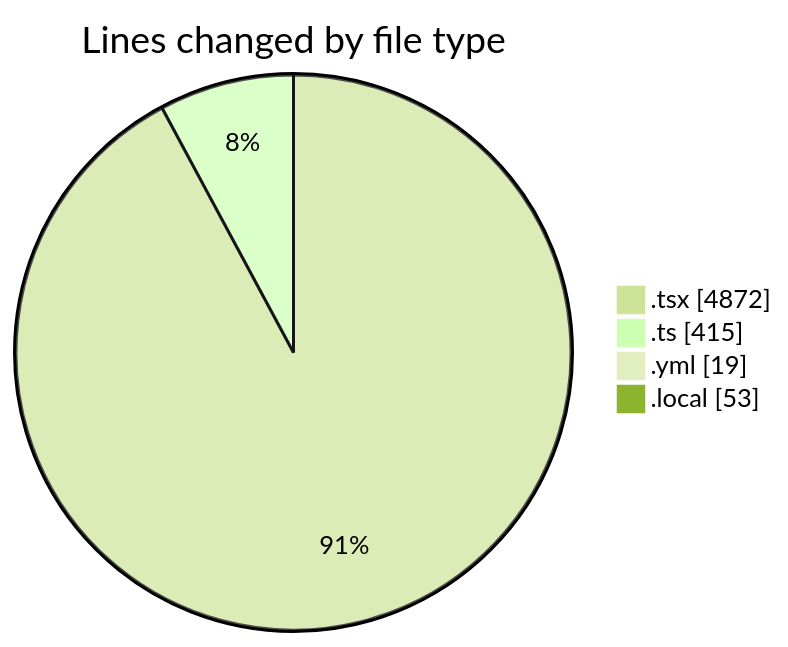
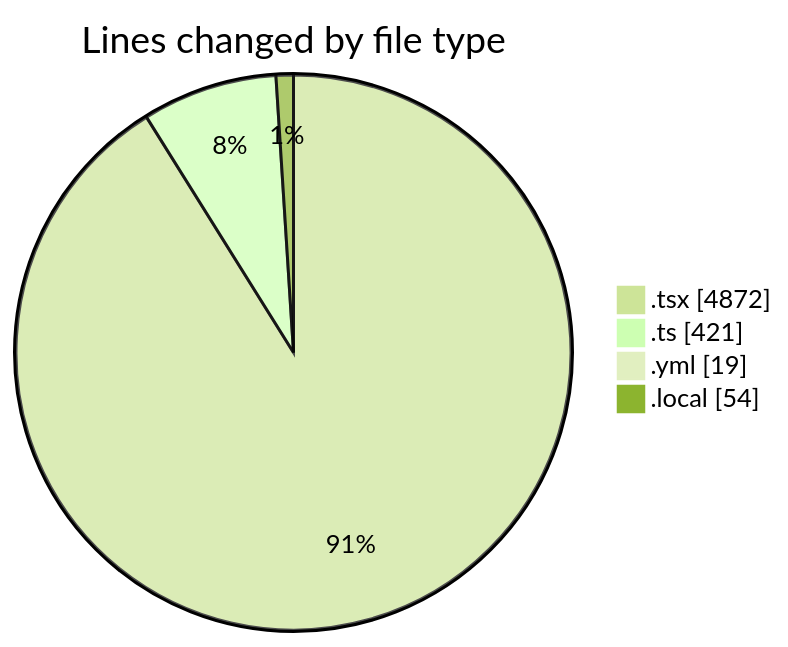
Before and after one commit to julien-gomy/code-tracking: the first of 2 diagrams in 2025-11-18/eventscop-frontend-guide__workspace_/README.md, drawn with Mermaid (forest theme). The commit also changed other lines of this file and 1 other file, not shown here.

````diff
--- a/2025-11-18/eventscop-frontend-guide__workspace_/README.md
+++ b/2025-11-18/eventscop-frontend-guide__workspace_/README.md
@@ -62,8 +62,8 @@
 ```mermaid
 pie showData
 title Lines changed by file type
 ".tsx" : 4872
-".ts" : 415
+".ts" : 421
 ".yml" : 19
-".local" : 53
+".local" : 54
 ```
````
